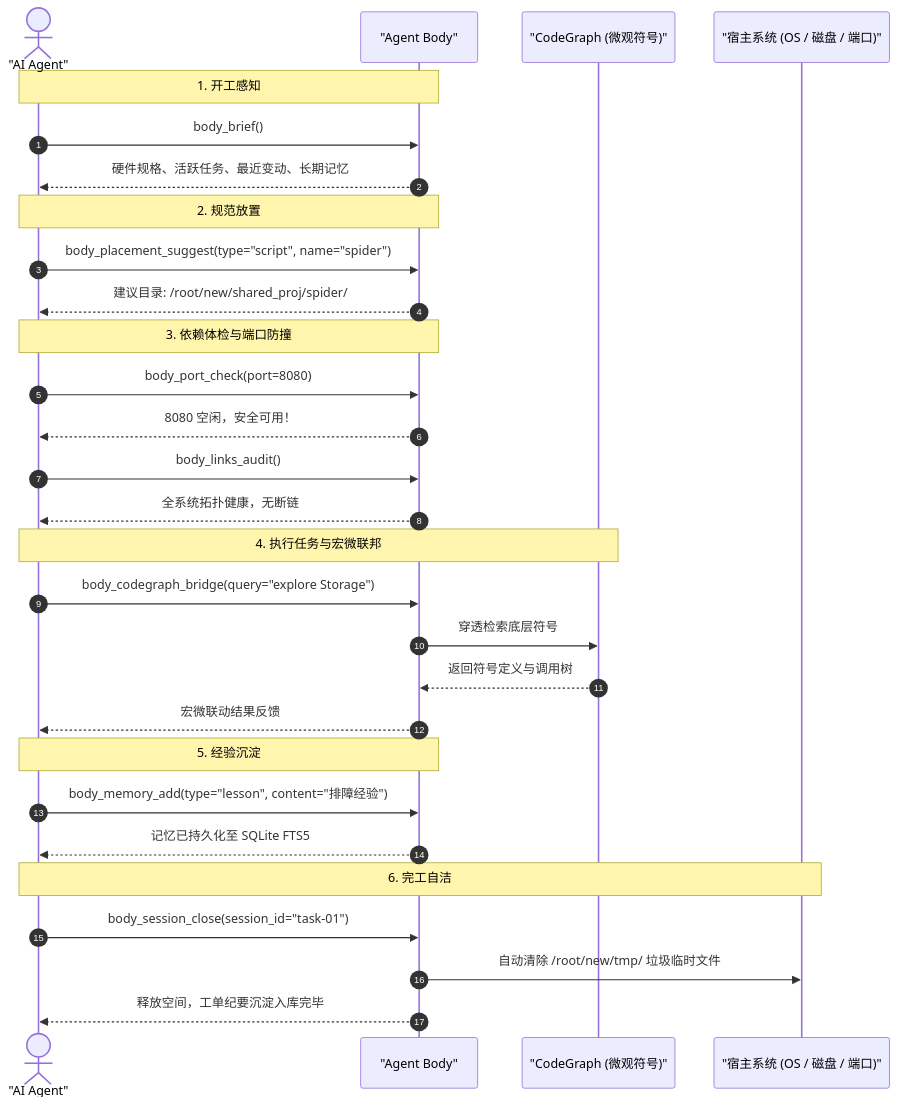
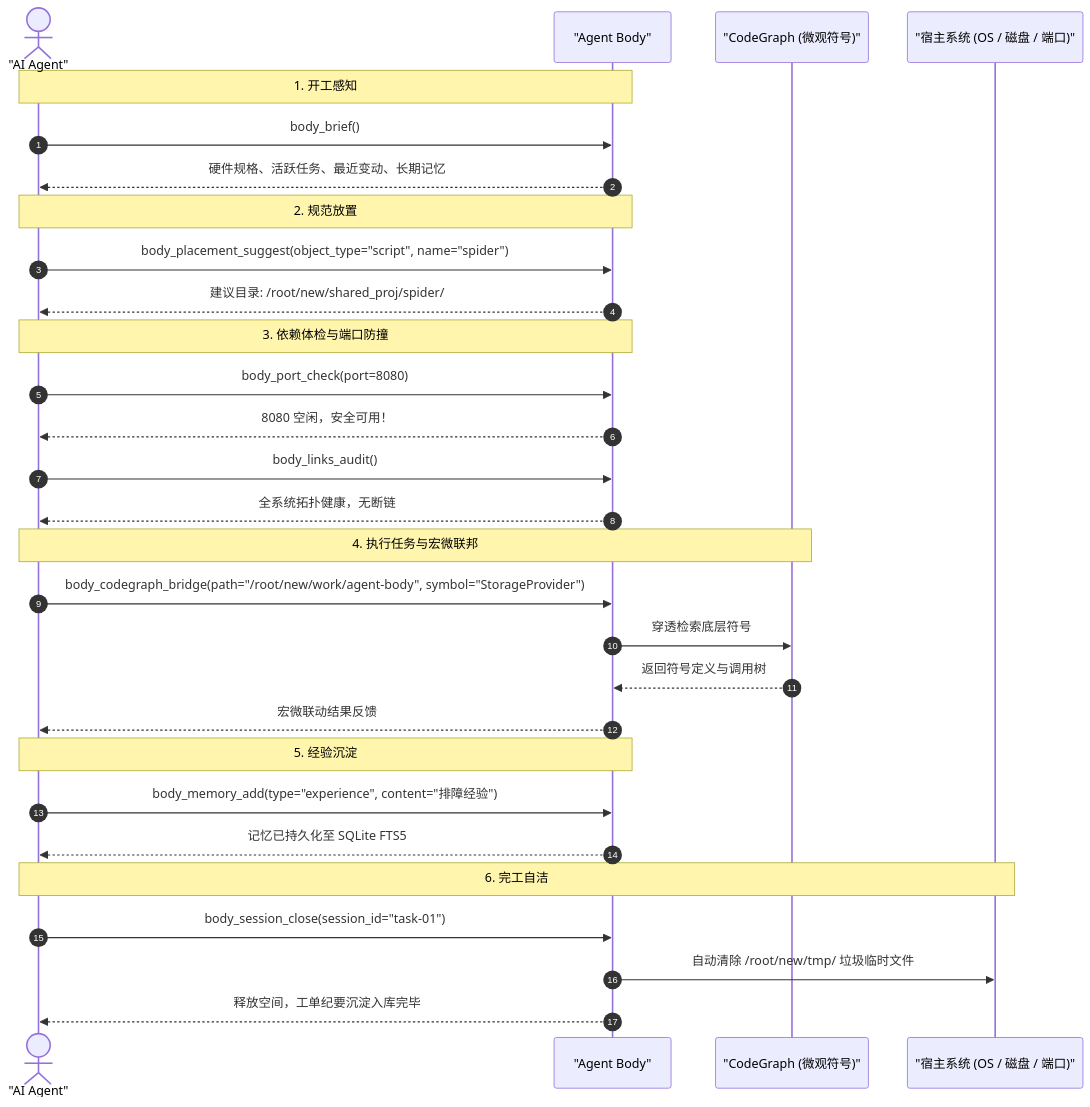
Before and after one commit to digoal/agent-body: the diagram in skills/agent-body-guide/SKILL.md, drawn with Mermaid. The commit also changed other lines of this file and 37 other files, not shown here.

````diff
--- a/skills/agent-body-guide/SKILL.md
+++ b/skills/agent-body-guide/SKILL.md
@@ -303,37 +303,37 @@
 ```mermaid
 sequenceDiagram
     autonumber
     actor Agent as "AI Agent"
     participant S as "Agent Body"
     participant CG as "CodeGraph (微观符号)"
     participant Host as "宿主系统 (OS / 磁盘 / 端口)"
 
     Note over Agent, S: 1. 开工感知
     Agent->>S: body_brief()
     S-->>Agent: 硬件规格、活跃任务、最近变动、长期记忆
 
     Note over Agent, S: 2. 规范放置
-    Agent->>S: body_placement_suggest(type="script", name="spider")
+    Agent->>S: body_placement_suggest(object_type="script", name="spider")
     S-->>Agent: 建议目录: /root/new/shared_proj/spider/
 
     Note over Agent, S: 3. 依赖体检与端口防撞
     Agent->>S: body_port_check(port=8080)
     S-->>Agent: 8080 空闲，安全可用！
     Agent->>S: body_links_audit()
     S-->>Agent: 全系统拓扑健康，无断链
 
     Note over Agent, CG: 4. 执行任务与宏微联邦
-    Agent->>S: body_codegraph_bridge(query="explore Storage")
+    Agent->>S: body_codegraph_bridge(path="/root/new/work/agent-body", symbol="StorageProvider")
     S->>CG: 穿透检索底层符号
     CG-->>S: 返回符号定义与调用树
     S-->>Agent: 宏微联动结果反馈
 
     Note over Agent, S: 5. 经验沉淀
-    Agent->>S: body_memory_add(type="lesson", content="排障经验")
+    Agent->>S: body_memory_add(type="experience", content="排障经验")
     S-->>Agent: 记忆已持久化至 SQLite FTS5
 
     Note over Agent, Host: 6. 完工自洁
     Agent->>S: body_session_close(session_id="task-01")
     S->>Host: 自动清除 /root/new/tmp/ 垃圾临时文件
     S-->>Agent: 释放空间，工单纪要沉淀入库完毕
 ```
````
